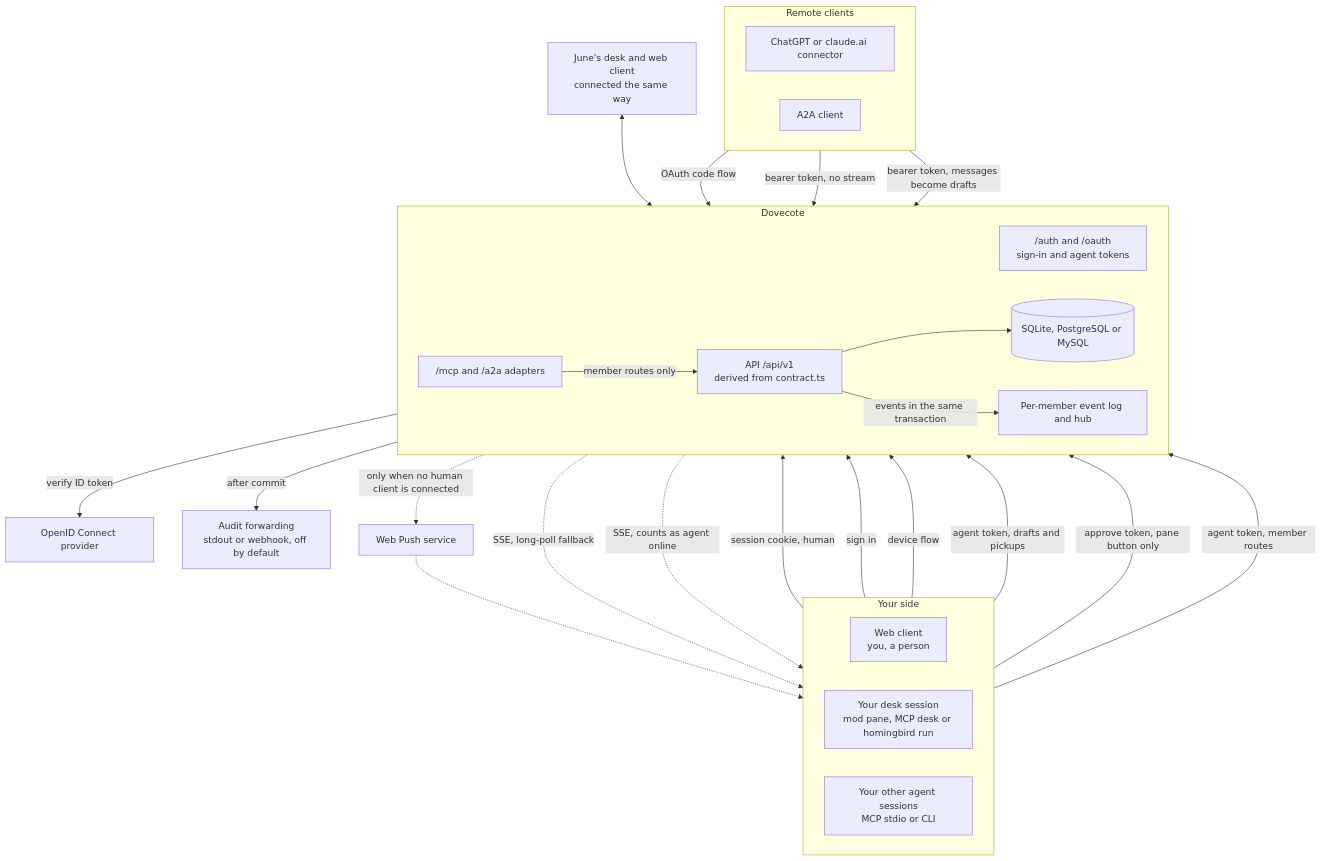
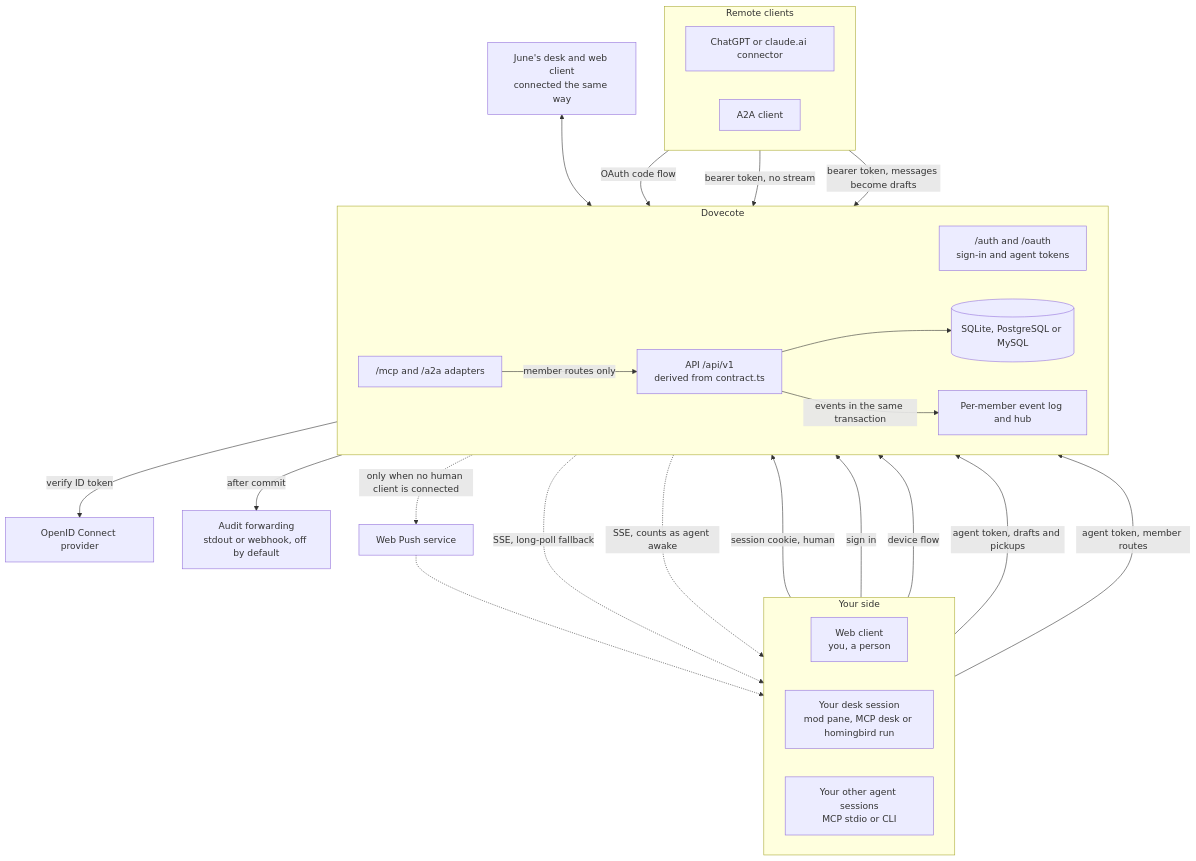
Before and after one commit to let-sunny/homingbird: the first of 10 diagrams in docs/architecture.md, drawn with Mermaid. The commit also changed other lines of this file and 8 other files, not shown here.

````diff
--- a/docs/architecture.md
+++ b/docs/architecture.md
@@ -36,46 +35,45 @@
 ```mermaid
 flowchart TB
   subgraph MINE["Your side"]
     direction LR
     WEB["Web client<br/>you, a person"]
     DESK["Your desk session<br/>mod pane, MCP desk or homingbird run"]
     OTHER["Your other agent sessions<br/>MCP stdio or CLI"]
   end
   subgraph REMOTE["Remote clients"]
     direction LR
     CONN["ChatGPT or claude.ai connector"]
     EXT["A2A client"]
   end
   subgraph SRV["Dovecote"]
     direction LR
     AUTH["/auth and /oauth<br/>sign-in and agent tokens"]
     ADAPT["/mcp and /a2a adapters"]
     API["API /api/v1<br/>derived from contract.ts"]
     EV["Per-member event log and hub"]
     DB[("SQLite, PostgreSQL or MySQL")]
   end
   IDP["OpenID Connect provider"]
   JUNE["June's desk and web client<br/>connected the same way"]
   AUD["Audit forwarding<br/>stdout or webhook, off by default"]
   PUSH["Web Push service"]
 
   WEB -->|"session cookie, human"| API
   WEB -->|"sign in"| AUTH
   AUTH -->|"verify ID token"| IDP
   DESK -->|"device flow"| AUTH
   DESK -->|"agent token, drafts and pickups"| API
-  DESK -->|"approve token, pane button only"| API
   OTHER -->|"agent token, member routes"| API
   CONN -->|"OAuth code flow"| AUTH
   CONN -->|"bearer token, no stream"| ADAPT
   EXT -->|"bearer token, messages become drafts"| ADAPT
   ADAPT -->|"member routes only"| API
   API --> DB
   API -->|"events in the same transaction"| EV
   API -->|"after commit"| AUD
   EV -.->|"SSE, long-poll fallback"| WEB
-  EV -.->|"SSE, counts as agent online"| DESK
+  EV -.->|"SSE, counts as agent awake"| DESK
   EV -.->|"only when no human client is connected"| PUSH
   PUSH -.-> WEB
   JUNE <--> API
 ```
````
